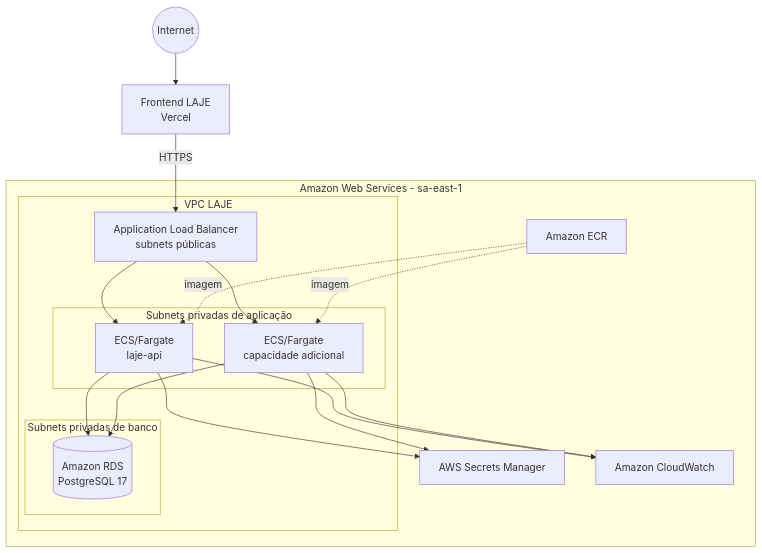
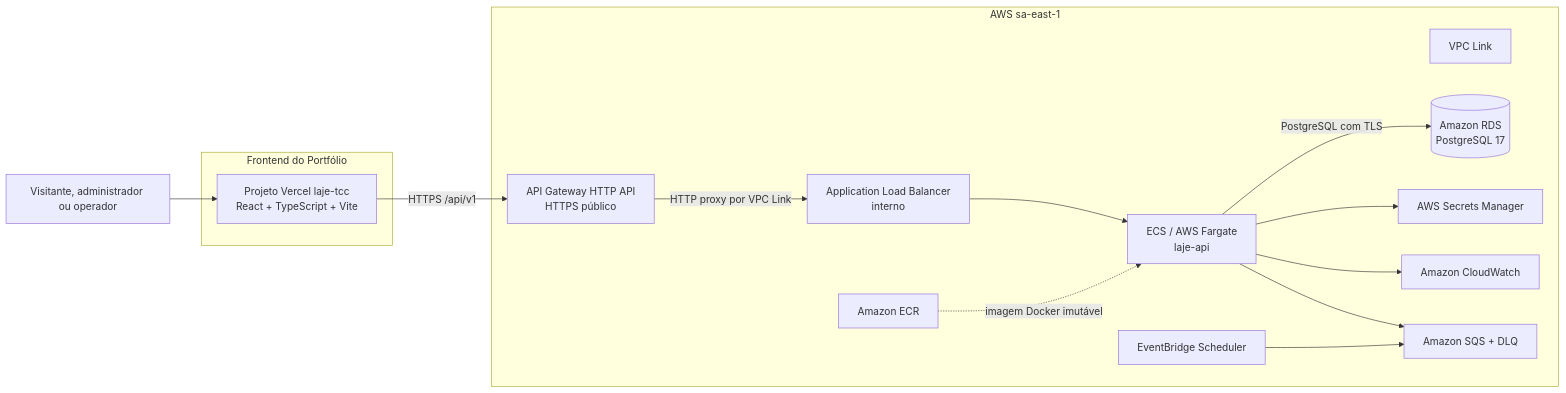
Before and after one commit to jaooduartte/laje-api: the diagram in docs/architecture.md, drawn with Mermaid. The commit also changed other lines of this file and 7 other files, not shown here.

Commit message:
docs(api): align TCC architecture and operations

````diff
--- a/docs/architecture.md
+++ b/docs/architecture.md
@@ -88,37 +15,31 @@
 ```mermaid
-flowchart TB
-  Internet((Internet))
-  Vercel[Frontend LAJE\nVercel]
+flowchart LR
+  USER[Visitante, administrador ou operador] --> WEB
 
-  subgraph AWS[Amazon Web Services - sa-east-1]
-    subgraph VPC[VPC LAJE]
-      ALB[Application Load Balancer\nsubnets públicas]
-
-      subgraph APP[Subnets privadas de aplicação]
-        ECS1[ECS/Fargate\nlaje-api]
-        ECS2[ECS/Fargate\ncapacidade adicional]
-      end
-
-      subgraph DB[Subnets privadas de banco]
-        RDS[(Amazon RDS\nPostgreSQL 17)]
-      end
-    end
-
-    ECR[Amazon ECR]
-    SM[AWS Secrets Manager]
-    CW[Amazon CloudWatch]
+  subgraph VERCEL[Frontend do Portfólio]
+    WEB[Projeto Vercel laje-tcc\nReact + TypeScript + Vite]
   end
 
-  Internet --> Vercel
-  Vercel -->|HTTPS| ALB
-  ALB --> ECS1
-  ALB --> ECS2
-  ECS1 --> RDS
-  ECS2 --> RDS
-  ECS1 --> SM
-  ECS2 --> SM
-  ECS1 --> CW
-  ECS2 --> CW
-  ECR -. imagem .-> ECS1
-  ECR -. imagem .-> ECS2
+  subgraph AWS[AWS sa-east-1]
+    APIGW[API Gateway HTTP API\nHTTPS público]
+    VPCLINK[VPC Link]
+    ALB[Application Load Balancer\ninterno]
+    ECS[ECS / AWS Fargate\nlaje-api]
+    RDS[(Amazon RDS\nPostgreSQL 17)]
+    ECR[Amazon ECR]
+    SECRETS[AWS Secrets Manager]
+    CLOUDWATCH[Amazon CloudWatch]
+    SQS[Amazon SQS + DLQ]
+    SCHEDULER[EventBridge Scheduler]
+  end
+
+  WEB -->|HTTPS /api/v1| APIGW
+  APIGW -->|HTTP proxy por VPC Link| ALB
+  ALB --> ECS
+  ECS -->|PostgreSQL com TLS| RDS
+  ECS --> SECRETS
+  ECS --> CLOUDWATCH
+  ECR -. imagem Docker imutável .-> ECS
+  ECS --> SQS
+  SCHEDULER --> SQS
 ```
````
